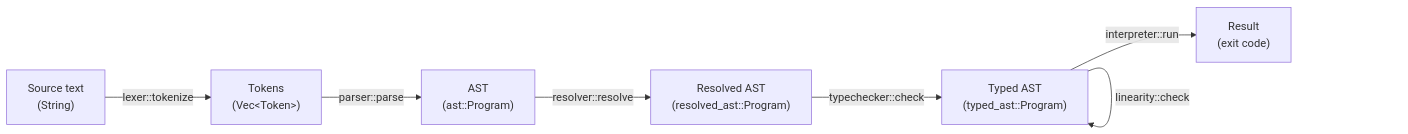
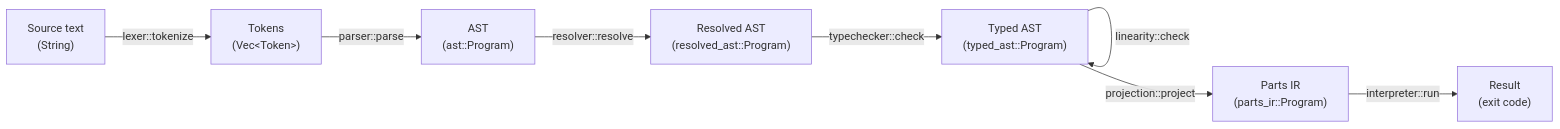
Before and after one commit to damienBloch/qlc: the first of 2 diagrams in docs/architecture.md, drawn with Mermaid. The commit also changed other lines of this file and 5 other files, not shown here.

Commit message:
Add projection stage to split functions into parts for execution

````diff
--- a/docs/architecture.md
+++ b/docs/architecture.md
@@ -12,16 +12,18 @@
 ```mermaid
 flowchart LR
     source["Source text<br/>(String)"]
     tokens["Tokens<br/>(Vec&lt;Token&gt;)"]
     ast["AST<br/>(ast::Program)"]
     rast["Resolved AST<br/>(resolved_ast::Program)"]
     tast["Typed AST<br/>(typed_ast::Program)"]
+    parts["Parts IR<br/>(parts_ir::Program)"]
     result["Result<br/>(exit code)"]
 
     source -- "lexer::tokenize" --> tokens
     tokens -- "parser::parse" --> ast
     ast -- "resolver::resolve" --> rast
     rast -- "typechecker::check" --> tast
     tast -- "linearity::check" --> tast
-    tast -- "interpreter::run" --> result
+    tast -- "projection::project" --> parts
+    parts -- "interpreter::run" --> result
 ```
````
